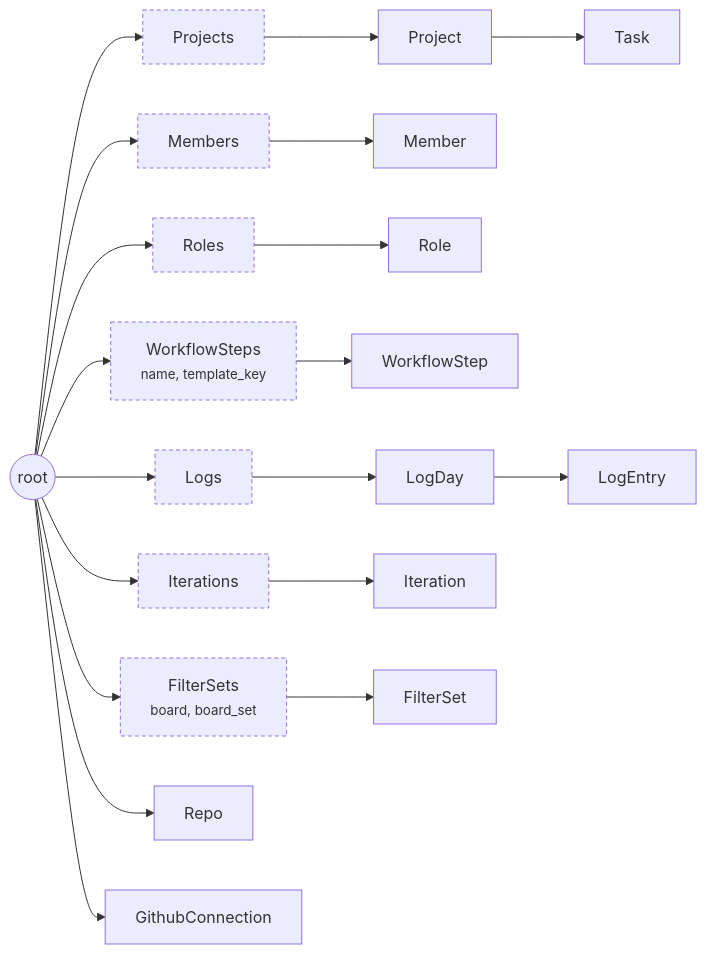
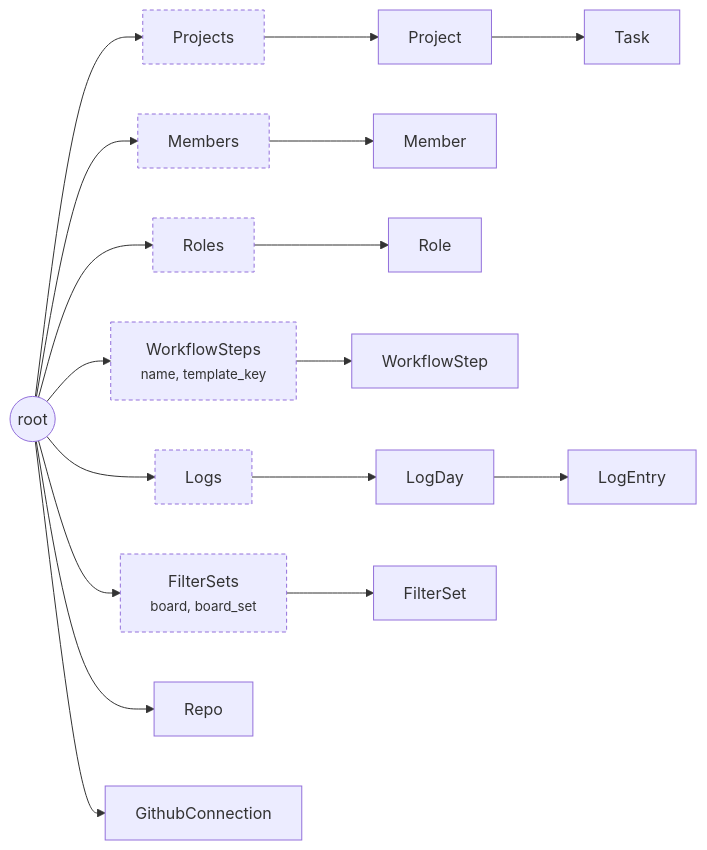
One commit to kashmithnisakya/flowline changed the first of 2 diagrams in docs/content/concepts/data-graph.md. Above: the diagram before and after it, drawn with Mermaid. The commit also changed other lines of this file and 189 other files, not shown here.

````diff
--- a/docs/content/concepts/data-graph.md
+++ b/docs/content/concepts/data-graph.md
@@ -14,16 +14,15 @@
 ```mermaid
 flowchart LR
     root(("root"))
     root --> projects["Projects"] --> project["Project"] --> task["Task"]
     root --> members["Members"] --> member["Member"]
     root --> roles["Roles"] --> role["Role"]
     root --> steps["WorkflowSteps<br/><small>name, template_key</small>"] --> step["WorkflowStep"]
     root --> logs["Logs"] --> day["LogDay"] --> entry["LogEntry"]
-    root --> iterations["Iterations"] --> iteration["Iteration"]
     root --> filtersets["FilterSets<br/><small>board, board_set</small>"] --> filterset["FilterSet"]
     root --> repo["Repo"]
     root --> conn["GithubConnection"]
 
     classDef box stroke-dasharray:4 3
-    class projects,members,roles,steps,logs,iterations,filtersets box
+    class projects,members,roles,steps,logs,filtersets box
 ```
````
